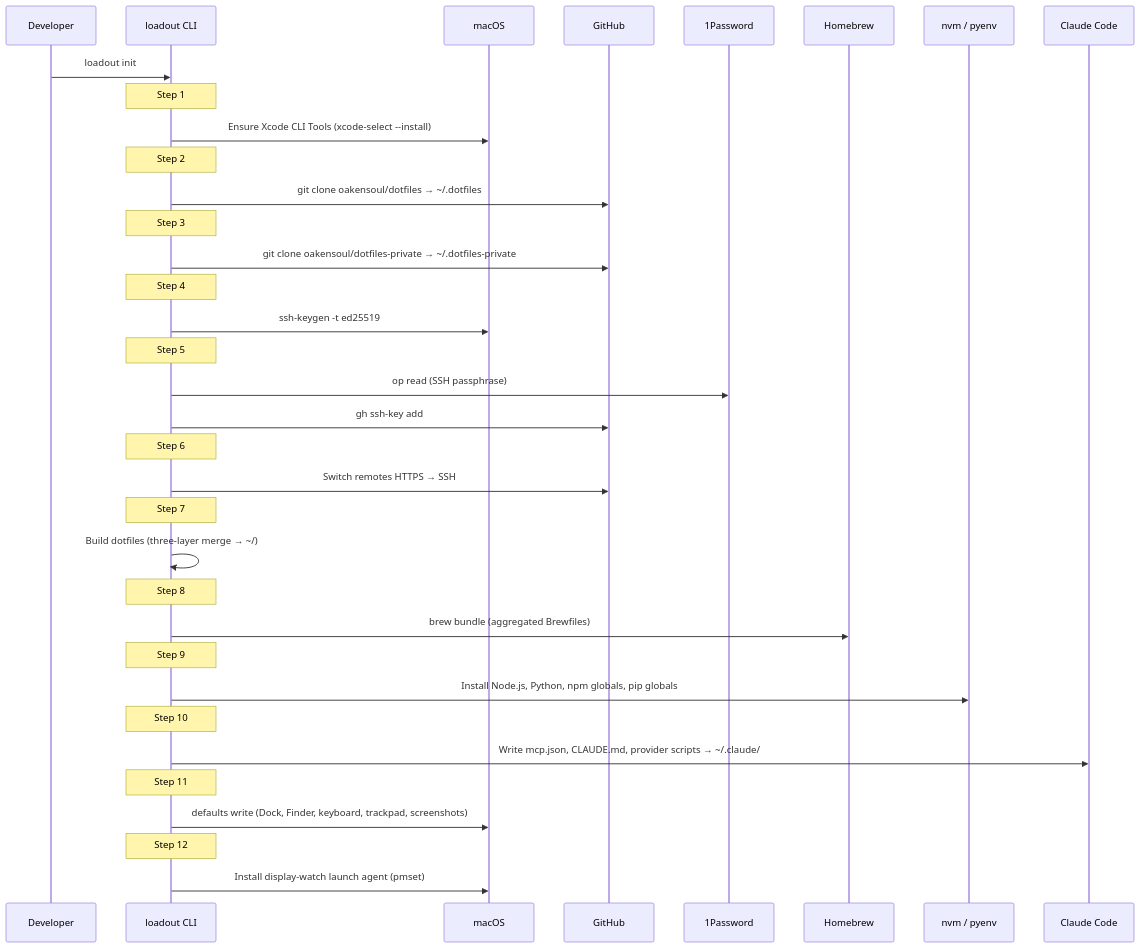
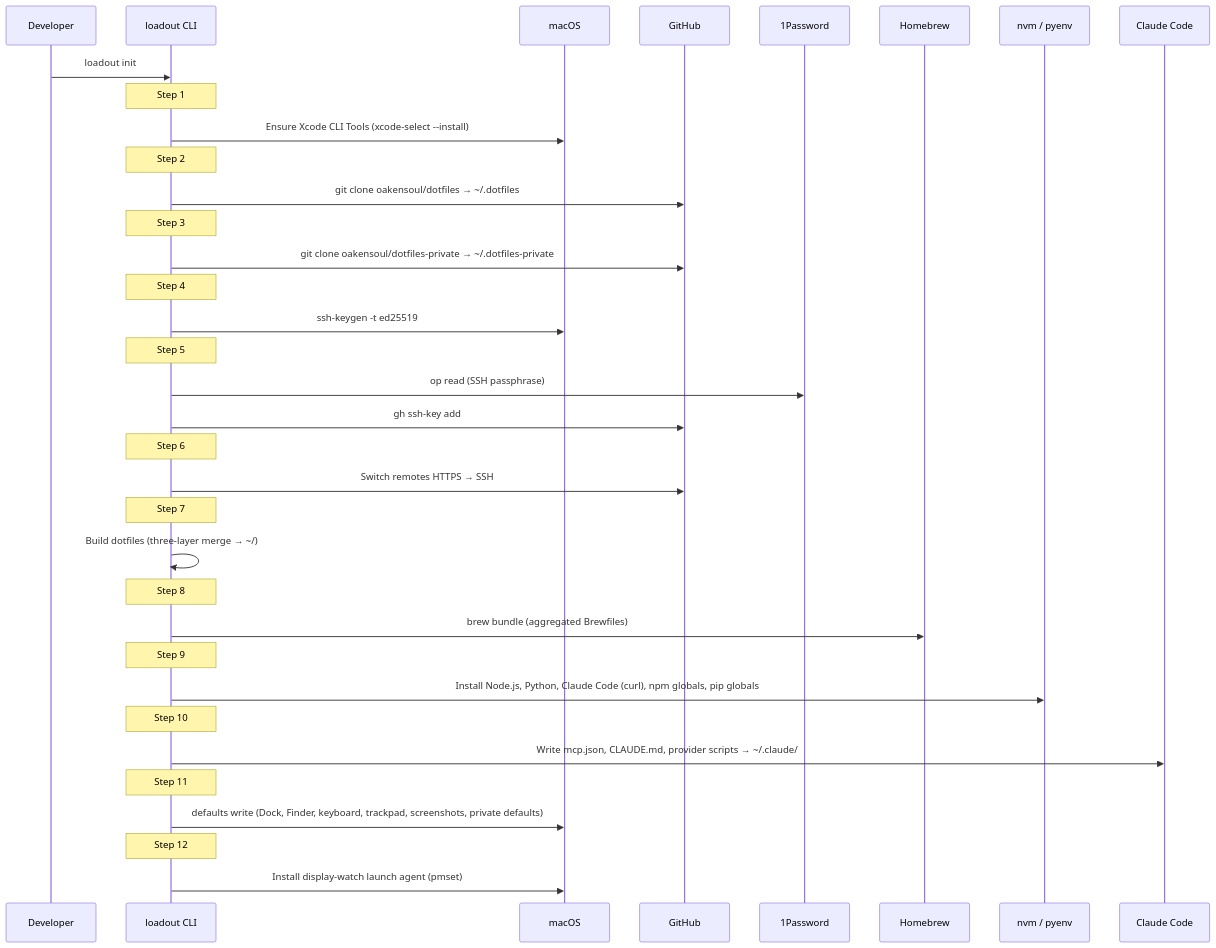
The fourth of 7 diagrams in docs/architecture/README.md (oakensoul/dotfiles), drawn with Mermaid before and after one commit. The commit also changed other lines of this file and 5 other files, not shown here.

First line of the commit message:
Update architecture docs, CLAUDE.md, and bootstrap scripts for consistency

````diff
--- a/docs/architecture/README.md
+++ b/docs/architecture/README.md
@@ -160,49 +162,49 @@
 ```mermaid
 sequenceDiagram
     participant Dev as Developer
     participant LO as loadout CLI
     participant macOS as macOS
     participant GH as GitHub
     participant OP as 1Password
     participant HB as Homebrew
     participant NVM as nvm / pyenv
     participant CC as Claude Code
 
     Dev->>LO: loadout init
     Note over LO: Step 1
     LO->>macOS: Ensure Xcode CLI Tools (xcode-select --install)
 
     Note over LO: Step 2
     LO->>GH: git clone oakensoul/dotfiles → ~/.dotfiles
 
     Note over LO: Step 3
     LO->>GH: git clone oakensoul/dotfiles-private → ~/.dotfiles-private
 
     Note over LO: Step 4
     LO->>macOS: ssh-keygen -t ed25519
 
     Note over LO: Step 5
     LO->>OP: op read (SSH passphrase)
     LO->>GH: gh ssh-key add
 
     Note over LO: Step 6
     LO->>GH: Switch remotes HTTPS → SSH
 
     Note over LO: Step 7
     LO->>LO: Build dotfiles (three-layer merge → ~/)
 
     Note over LO: Step 8
     LO->>HB: brew bundle (aggregated Brewfiles)
 
     Note over LO: Step 9
-    LO->>NVM: Install Node.js, Python, npm globals, pip globals
+    LO->>NVM: Install Node.js, Python, Claude Code (curl), npm globals, pip globals
 
     Note over LO: Step 10
     LO->>CC: Write mcp.json, CLAUDE.md, provider scripts → ~/.claude/
 
     Note over LO: Step 11
-    LO->>macOS: defaults write (Dock, Finder, keyboard, trackpad, screenshots)
+    LO->>macOS: defaults write (Dock, Finder, keyboard, trackpad, screenshots, private defaults)
 
     Note over LO: Step 12
     LO->>macOS: Install display-watch launch agent (pmset)
 ```
````
